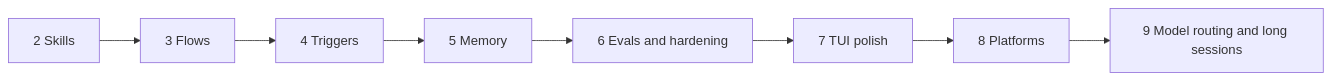
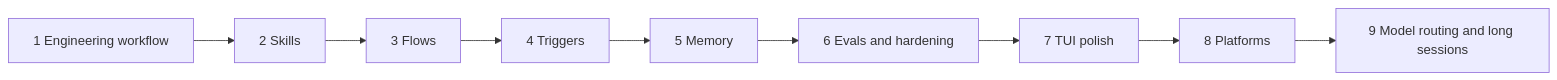
One commit to MilanPavel/golem changed the first of 2 diagrams in docs/plan.md. Above: the diagram before and after it, drawn with Mermaid. The commit also changed other lines of this file and 5 other files, not shown here.

````diff
--- a/docs/plan.md
+++ b/docs/plan.md
@@ -26,4 +27,4 @@
 ```mermaid
 flowchart LR
-  p2[2 Skills] --> p3[3 Flows] --> p4[4 Triggers] --> p5[5 Memory] --> p6[6 Evals and hardening] --> p7[7 TUI polish] --> p8[8 Platforms] --> p9[9 Model routing and long sessions]
+  p1[1 Engineering workflow] --> p2[2 Skills] --> p3[3 Flows] --> p4[4 Triggers] --> p5[5 Memory] --> p6[6 Evals and hardening] --> p7[7 TUI polish] --> p8[8 Platforms] --> p9[9 Model routing and long sessions]
 ```
````
